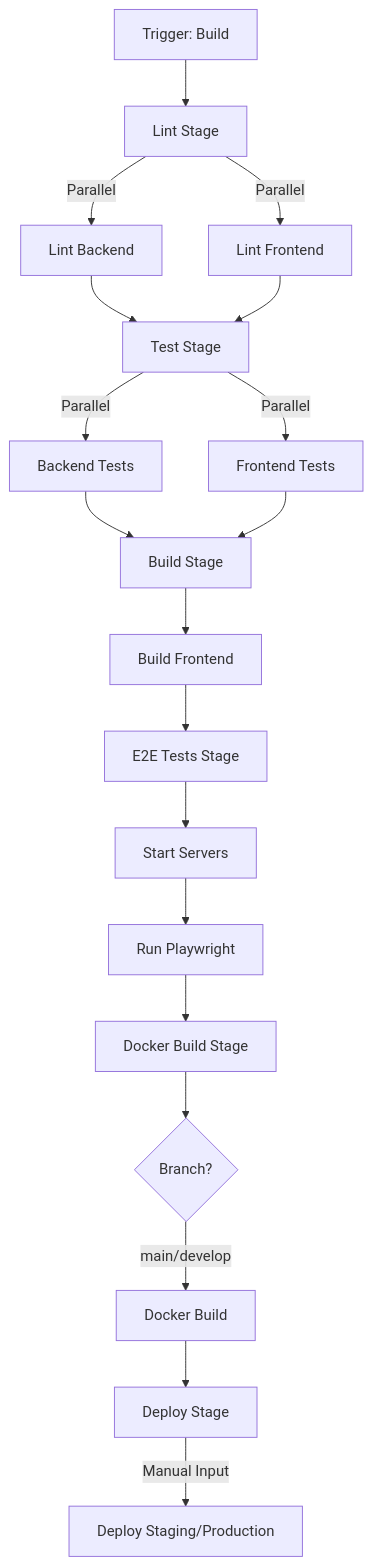
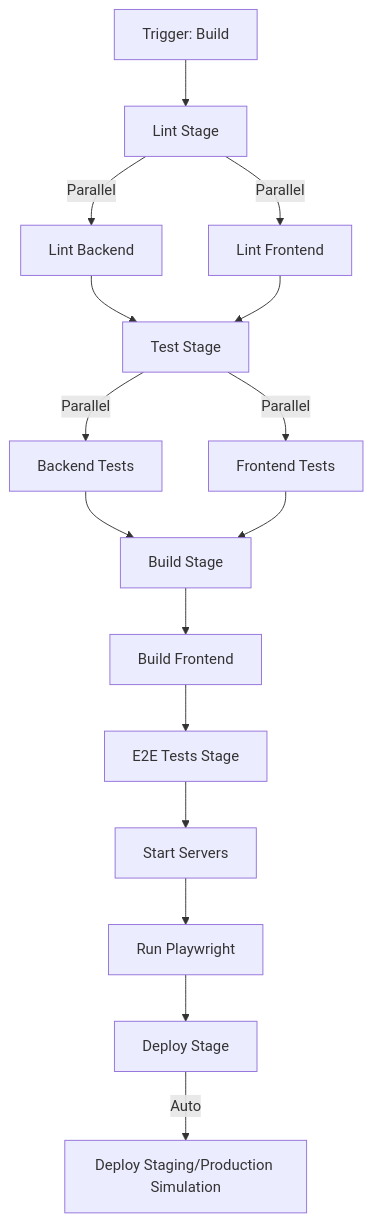
Before and after one commit to inf4395/bmi_app: the fifth of 5 diagrams in docs/THESIS-KAPITEL-5-TECHNISCHE-UMSETZUNG.md, drawn with Mermaid. The commit also changed other lines of this file and 4 other files, not shown here.

Commit message:
feat: Align all CI/CD pipelines for fair comparison - Disable Docker Build and standardize deploy simulation

````diff
--- a/docs/THESIS-KAPITEL-5-TECHNISCHE-UMSETZUNG.md
+++ b/docs/THESIS-KAPITEL-5-TECHNISCHE-UMSETZUNG.md
@@ -184,21 +182,18 @@
 ```mermaid
 graph TD
     A[Trigger: Build] --> B[Lint Stage]
     B -->|Parallel| C[Lint Backend]
     B -->|Parallel| D[Lint Frontend]
     C --> E[Test Stage]
     D --> E
     E -->|Parallel| F[Backend Tests]
     E -->|Parallel| G[Frontend Tests]
     F --> H[Build Stage]
     G --> H
     H --> I[Build Frontend]
     I --> J[E2E Tests Stage]
     J --> K[Start Servers]
     K --> L[Run Playwright]
-    L --> M[Docker Build Stage]
-    M --> N{Branch?}
-    N -->|main/develop| O[Docker Build]
-    O --> P[Deploy Stage]
-    P -->|Manual Input| Q[Deploy Staging/Production]
+    L --> P[Deploy Stage]
+    P -->|Auto| Q[Deploy Staging/Production Simulation]
 ```
````
